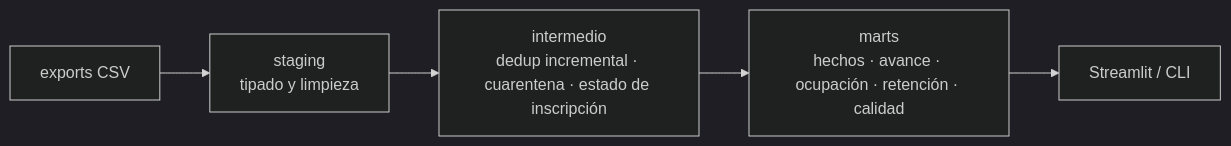
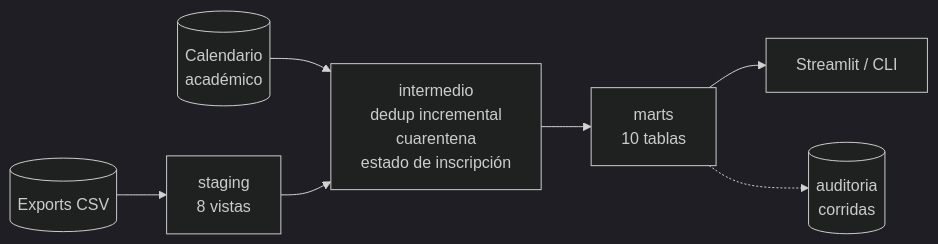
One commit to marcelo-sosa-data/data-ai-lab changed the second of 3 diagrams in proyectos/02-pipeline-matricula-dbt/README.md. Above: the diagram before and after it, drawn with Mermaid (dark theme). The commit also changed other lines of this file and 49 other files, not shown here.

Commit message:
readmes: fuera las capturas, diagramas del proceso en mermaid y texto más directo

````diff
--- a/proyectos/02-pipeline-matricula-dbt/README.md
+++ b/proyectos/02-pipeline-matricula-dbt/README.md
@@ -15,7 +39,9 @@
 ```mermaid
 flowchart LR
-    raw[exports CSV] --> stg[staging<br/>tipado y limpieza]
-    stg --> int[intermedio<br/>dedup incremental · cuarentena · estado de inscripción]
-    int --> marts[marts<br/>hechos · avance · ocupación · retención · calidad]
+    raw[(Exports CSV)] --> stg[staging<br/>8 vistas]
+    seed[(Calendario<br/>académico)] --> int
+    stg --> int[intermedio<br/>dedup incremental<br/>cuarentena<br/>estado de inscripción]
+    int --> marts[marts<br/>10 tablas]
     marts --> app[Streamlit / CLI]
+    marts -.-> aud[(auditoria<br/>corridas)]
 ```
````
